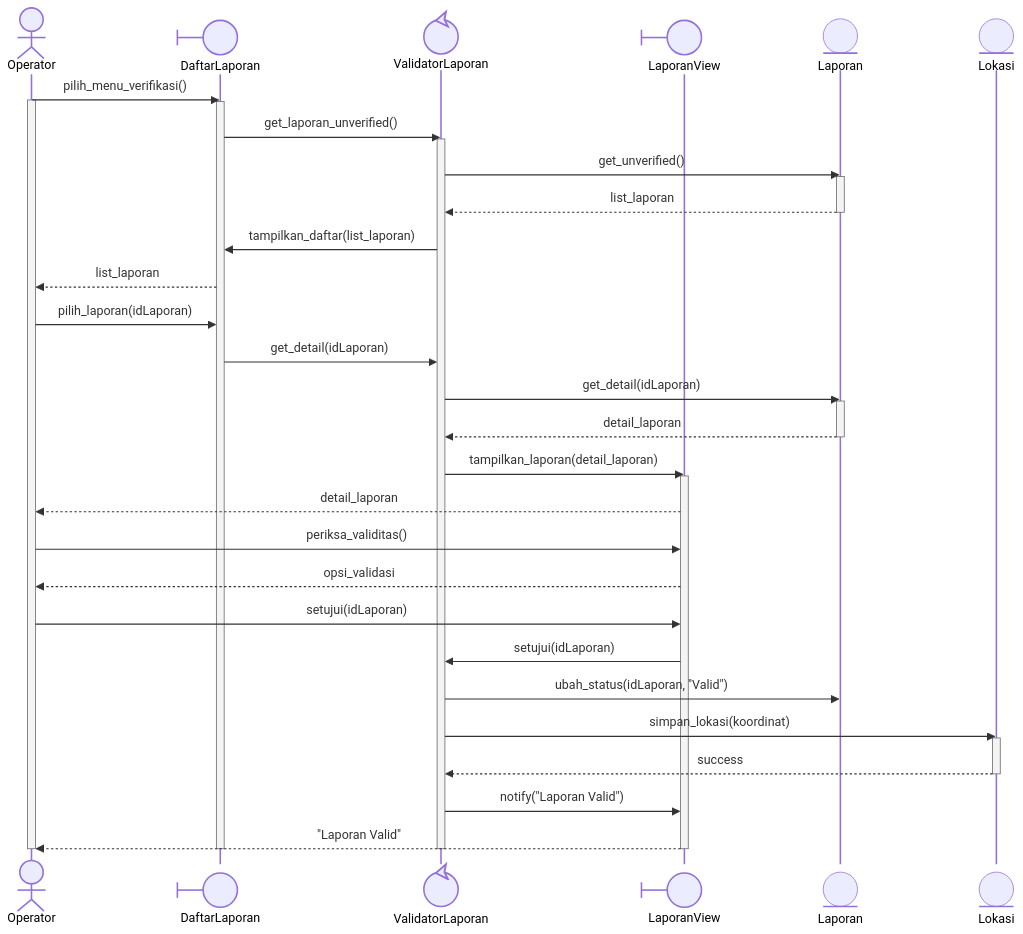
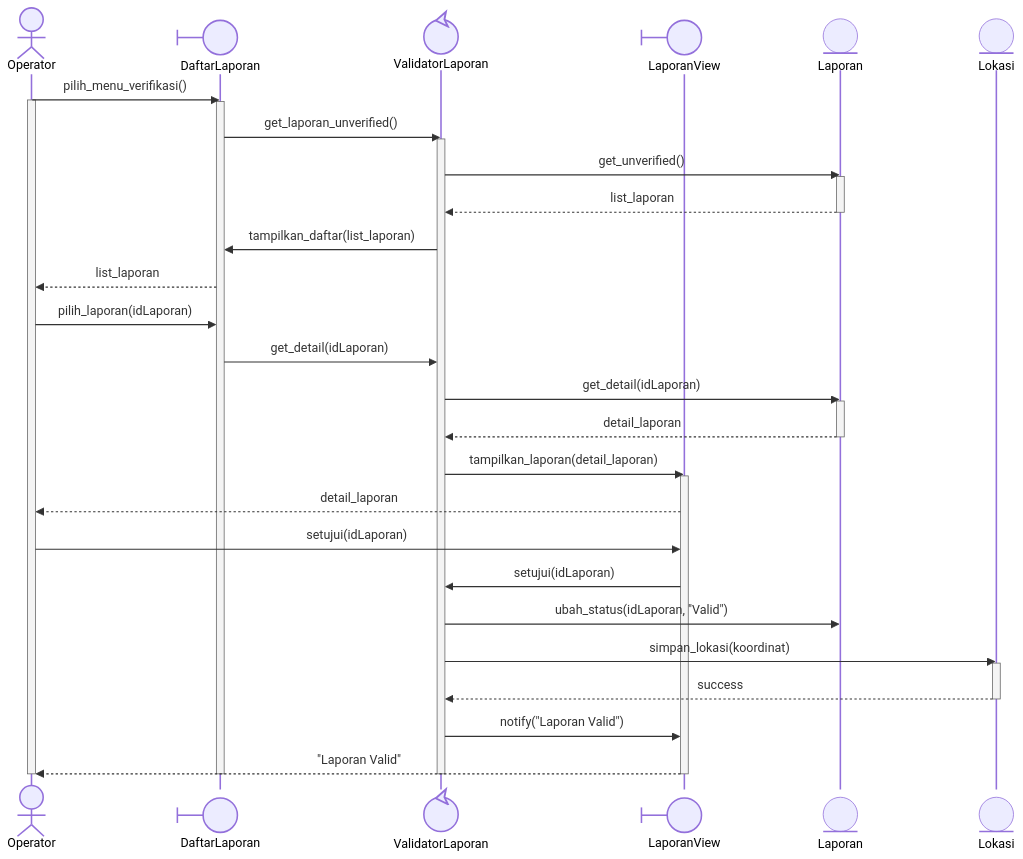
One commit to star-scripter/IF2150-RPL-K03-G02 changed the tenth of 15 diagrams in docs/M7/K03_G02_DPPL.md. Above: the diagram before and after it, drawn with Mermaid. The commit also changed other lines of this file, not shown here.

Commit message:
fix: hapus periksa validitas

````diff
--- a/docs/M7/K03_G02_DPPL.md
+++ b/docs/M7/K03_G02_DPPL.md
@@ -580,49 +580,47 @@
 ```mermaid
 %%{init: {'themeCSS': '.actor-line { stroke-dasharray: 4, 4; }'}}%%
 sequenceDiagram
     actor O as Operator
     participant DL@{"type":"boundary"} as DaftarLaporan
     participant VL@{"type":"control"} as ValidatorLaporan
     participant LV@{"type":"boundary"} as LaporanView
     participant L@{"type":"entity"} as Laporan
     participant LO@{"type":"entity"} as Lokasi
 
     O->>DL: pilih_menu_verifikasi()
     activate O
     activate DL
     DL->>VL: get_laporan_unverified()
     activate VL
     VL->>L: get_unverified()
     activate L
     L-->>VL: list_laporan
     deactivate L
     VL->>DL: tampilkan_daftar(list_laporan)
     DL-->>O: list_laporan
     
     O->>DL: pilih_laporan(idLaporan)
     DL->>VL: get_detail(idLaporan)
     VL->>L: get_detail(idLaporan)
     activate L
     L-->>VL: detail_laporan
     deactivate L
     VL->>LV: tampilkan_laporan(detail_laporan)
     activate LV
     LV-->>O: detail_laporan
     
-    O->>LV: periksa_validitas()
-    LV-->>O: opsi_validasi
     O->>LV: setujui(idLaporan)
     LV->>VL: setujui(idLaporan)
     VL->>L: ubah_status(idLaporan, "Valid")
     VL->>LO: simpan_lokasi(koordinat)
     activate LO
     LO-->>VL: success
     deactivate LO
     VL->>LV: notify("Laporan Valid")
     LV-->>O: "Laporan Valid"
     
     deactivate LV
     deactivate VL
     deactivate DL
     deactivate O
 ```
````
